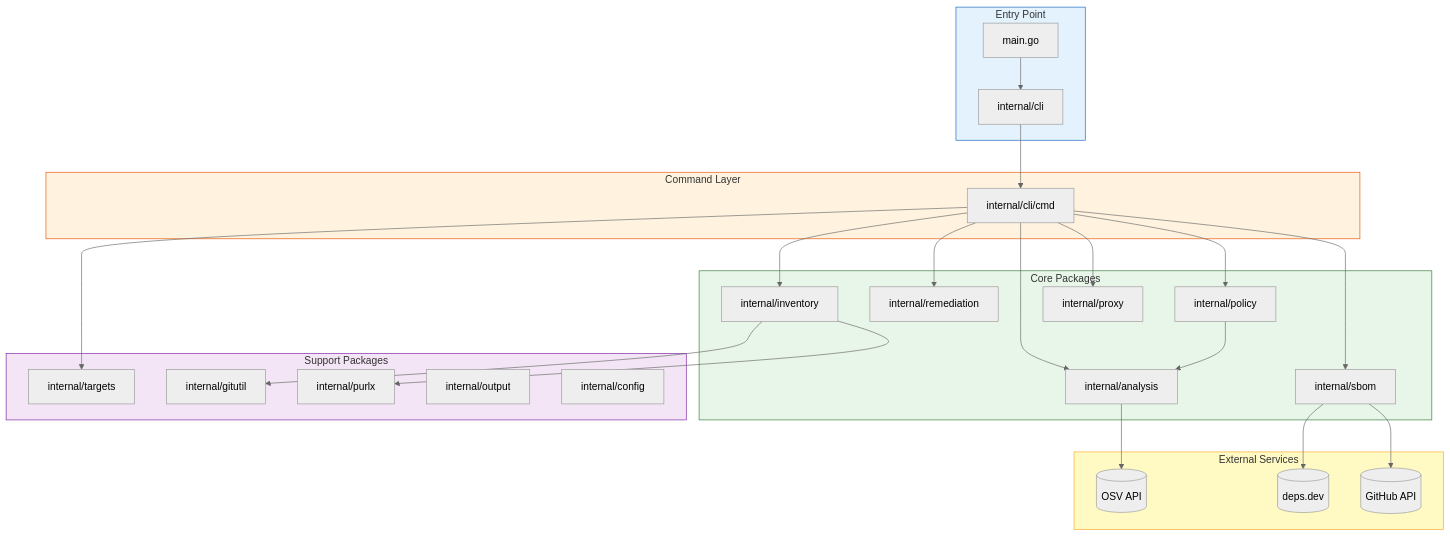
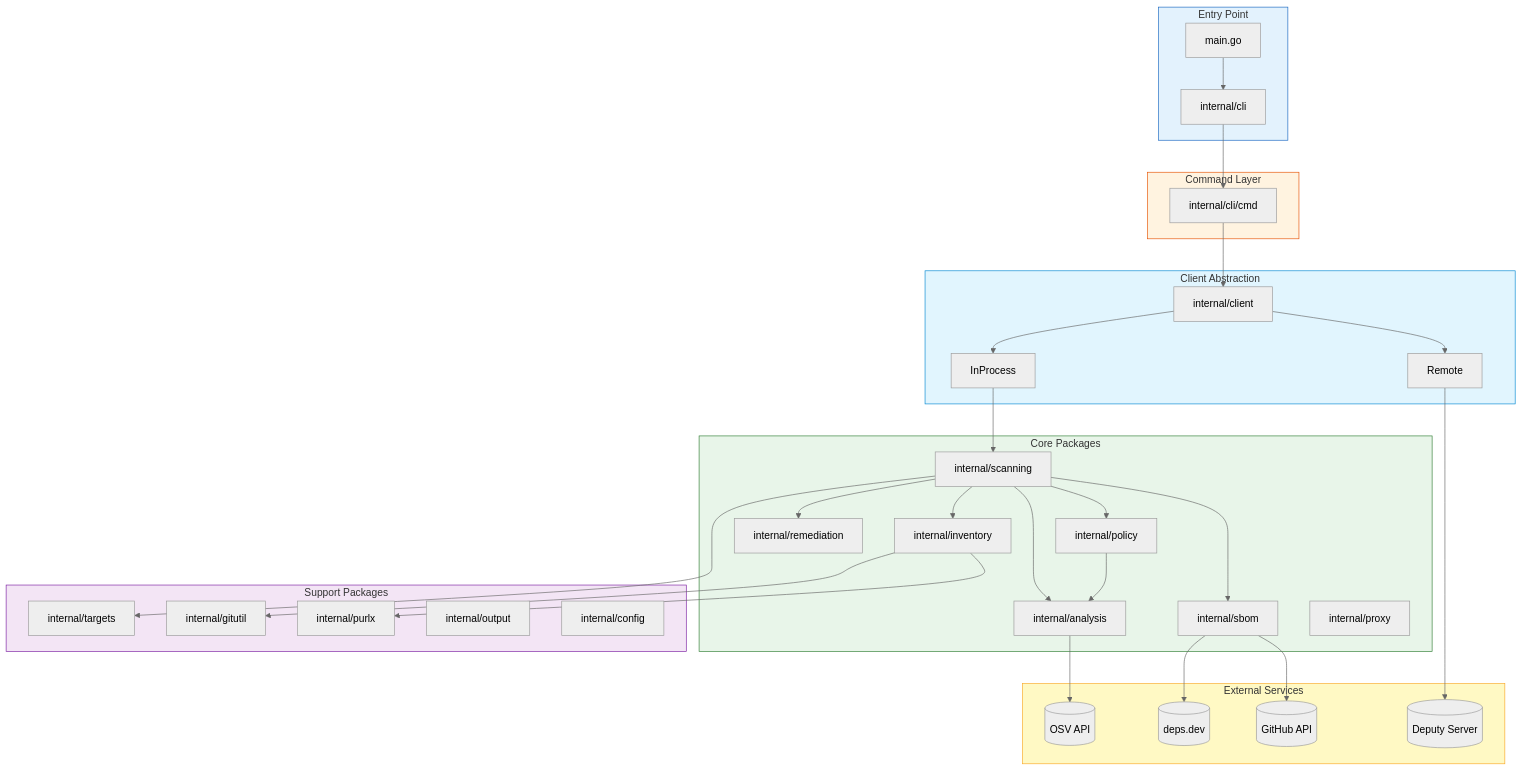
Before and after one commit to temporalio/deputy: the first of 7 diagrams in docs/development/architecture.md, drawn with Mermaid (neutral theme). The commit also changed other lines of this file and 542 other files, not shown here.

````diff
--- a/docs/development/architecture.md
+++ b/docs/development/architecture.md
@@ -7,48 +7,61 @@
 ```mermaid
 flowchart TB
   subgraph Entry["Entry Point"]
     Main[main.go]
     CLI[internal/cli]
   end
 
   subgraph Commands["Command Layer"]
     CMD[internal/cli/cmd]
   end
 
+  subgraph Client["Client Abstraction"]
+    ClientPkg[internal/client]
+    InProcess[InProcess]
+    Remote[Remote]
+  end
+
   subgraph Core["Core Packages"]
+    Scanning[internal/scanning]
     Inv[internal/inventory]
     Analysis[internal/analysis]
     Remed[internal/remediation]
     SBOM[internal/sbom]
     Policy[internal/policy]
     Proxy[internal/proxy]
   end
 
   subgraph Support["Support Packages"]
     Targets[internal/targets]
     Git[internal/gitutil]
     PURL[internal/purlx]
     Out[internal/output]
     Config[internal/config]
   end
 
   subgraph External["External Services"]
     OSV[(OSV API)]
     DepsD[(deps.dev)]
     GH[(GitHub API)]
+    Server[(Deputy Server)]
   end
 
   Main --> CLI
   CLI --> CMD
-  CMD --> Inv & Analysis & Remed & SBOM & Policy & Proxy & Targets
+  CMD --> ClientPkg
+  ClientPkg --> InProcess & Remote
+  InProcess --> Scanning
+  Remote --> Server
+  Scanning --> Inv & Analysis & Remed & SBOM & Policy & Targets
   Inv --> PURL & Git
   Analysis --> OSV
   SBOM --> DepsD & GH
   Policy --> Analysis
 
   style Entry fill:#e3f2fd,stroke:#1565c0
   style Commands fill:#fff3e0,stroke:#e65100
+  style Client fill:#e1f5fe,stroke:#0288d1
   style Core fill:#e8f5e9,stroke:#2e7d32
   style Support fill:#f3e5f5,stroke:#7b1fa2
   style External fill:#fff9c4,stroke:#f9a825
 ```
````
